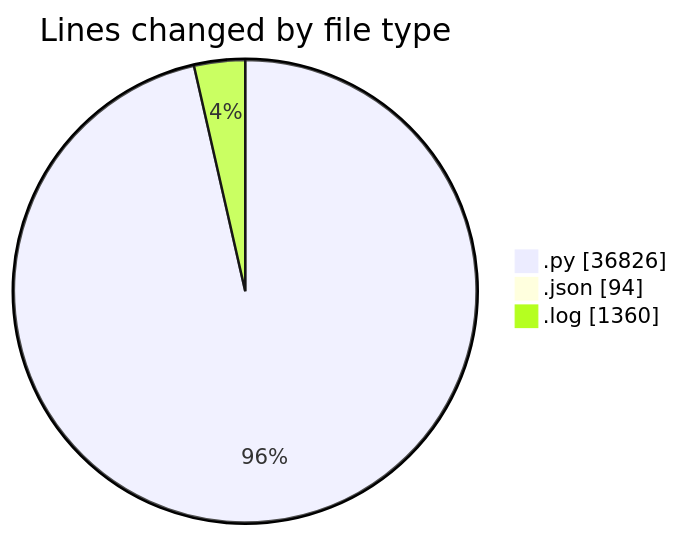
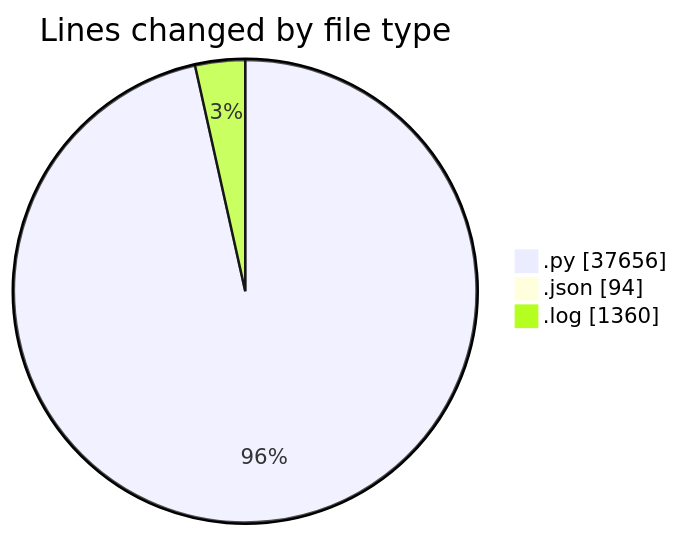
The first of 2 diagrams in 2025-07-14/telebot/README.md (jrari/code-tracking), drawn with Mermaid before and after one commit. The commit also changed other lines of this file and 1 other file, not shown here.

````diff
--- a/2025-07-14/telebot/README.md
+++ b/2025-07-14/telebot/README.md
@@ -63,7 +64,7 @@
 ```mermaid
 pie showData
 title Lines changed by file type
-".py" : 36826
+".py" : 37656
 ".json" : 94
 ".log" : 1360
 ```
````
